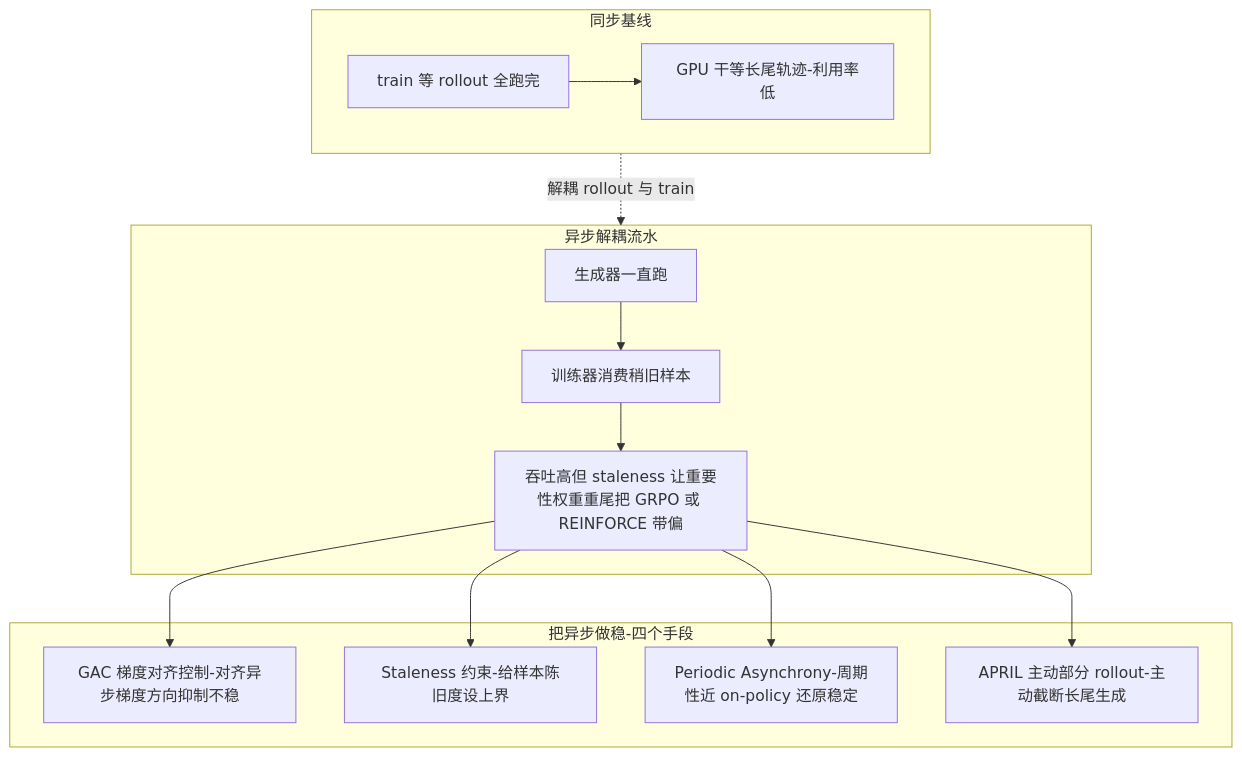
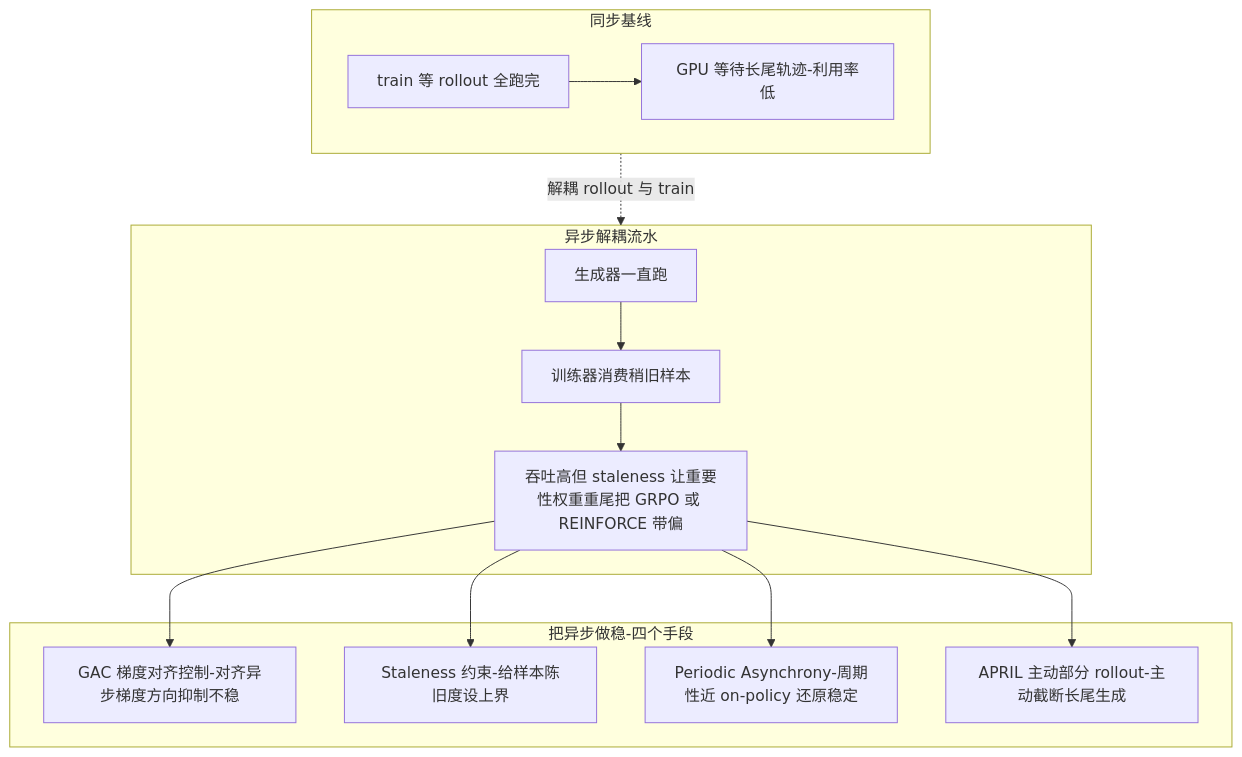
Before and after one commit to lloo099/mission44: the third of 4 diagrams in docs/blog/dispatch-02-rollout-bottleneck.md, drawn with Mermaid. The commit also changed other lines of this file and 22 other files, not shown here.

````diff
--- a/docs/blog/dispatch-02-rollout-bottleneck.md
+++ b/docs/blog/dispatch-02-rollout-bottleneck.md
@@ -96,26 +96,26 @@
 ```mermaid
 flowchart TB
     subgraph SYNC ["同步基线"]
         S1["train 等 rollout 全跑完"]
-        S2["GPU 干等长尾轨迹-利用率低"]
+        S2["GPU 等待长尾轨迹-利用率低"]
         S1 --> S2
     end
     subgraph ASYNC ["异步解耦流水"]
         A1["生成器一直跑"]
         A2["训练器消费稍旧样本"]
         A3["吞吐高但 staleness 让重要性权重重尾把 GRPO 或 REINFORCE 带偏"]
         A1 --> A2
         A2 --> A3
     end
     SYNC -. "解耦 rollout 与 train" .-> ASYNC
     subgraph STAB ["把异步做稳-四个手段"]
         T1["GAC 梯度对齐控制-对齐异步梯度方向抑制不稳"]
         T2["Staleness 约束-给样本陈旧度设上界"]
         T3["Periodic Asynchrony-周期性近 on-policy 还原稳定"]
         T4["APRIL 主动部分 rollout-主动截断长尾生成"]
     end
     A3 --> T1
     A3 --> T2
     A3 --> T3
     A3 --> T4
 ```
````
